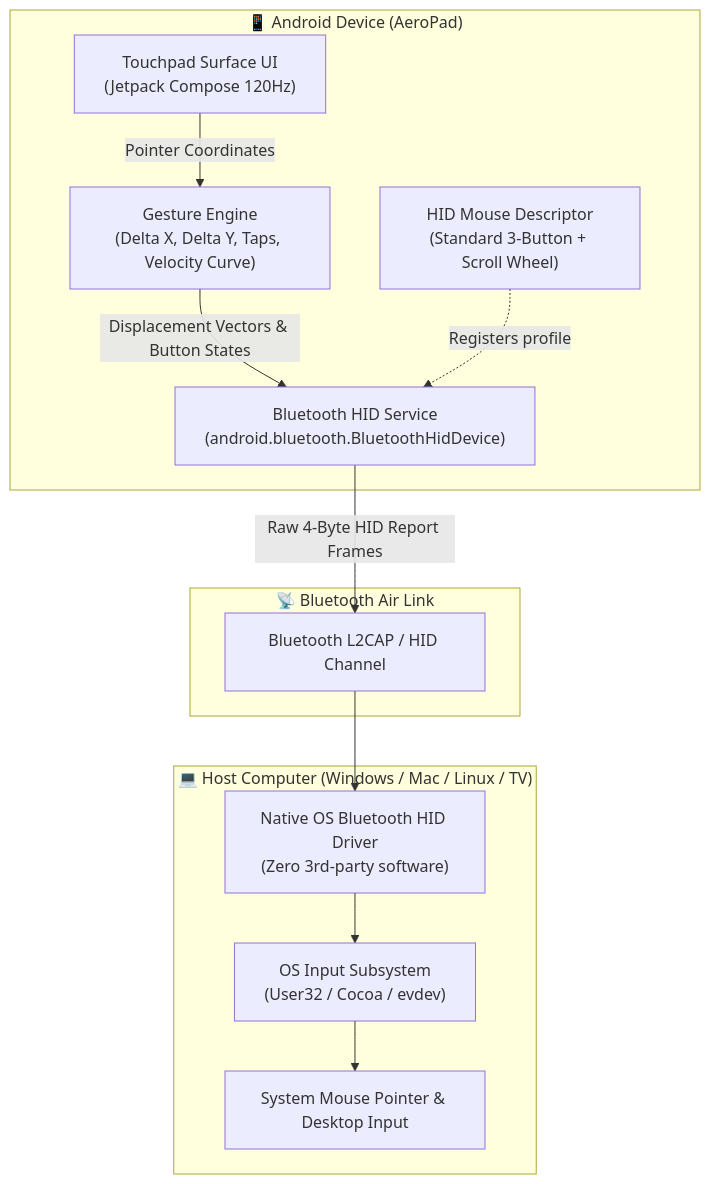
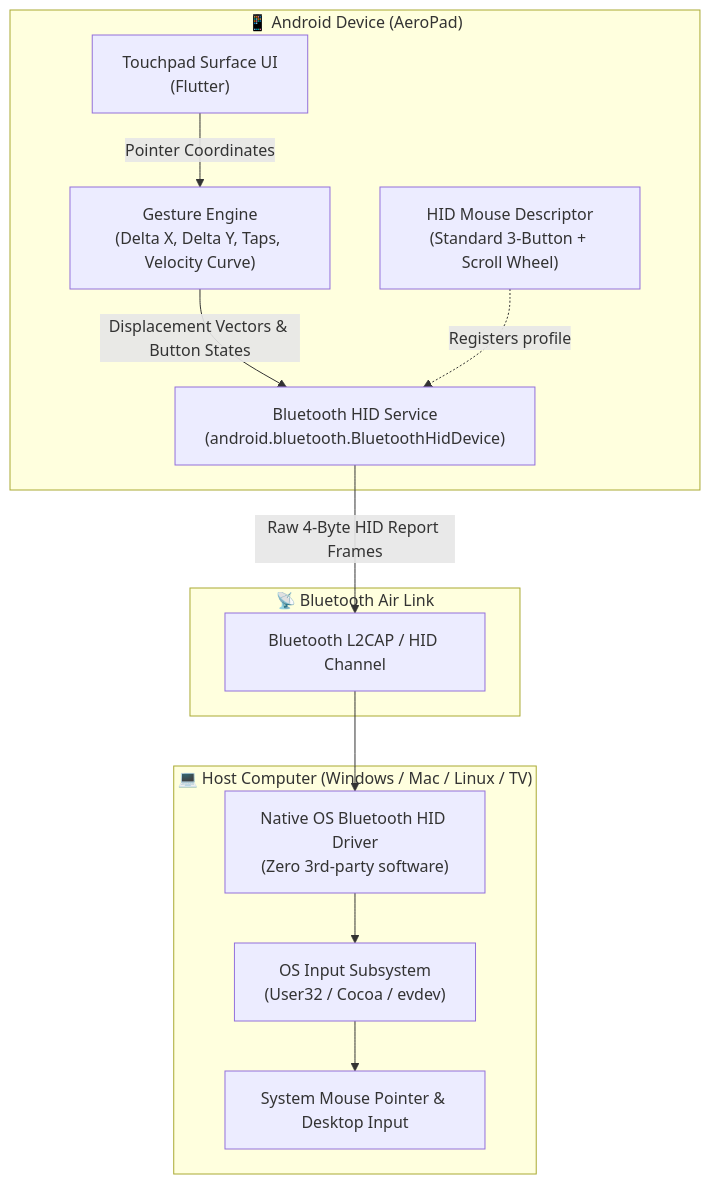
Before and after one commit to abhi963007/Aeropad: the first of 2 diagrams in README.md, drawn with Mermaid. The commit also changed other lines of this file and 27 other files, not shown here.

````diff
--- a/README.md
+++ b/README.md
@@ -79,27 +79,27 @@
 ```mermaid
 flowchart TD
     subgraph MobileApp ["📱 Android Device (AeroPad)"]
-        UI["Touchpad Surface UI\n(Jetpack Compose 120Hz)"]
+        UI["Touchpad Surface UI\n(Flutter)\n"]
         GE["Gesture Engine\n(Delta X, Delta Y, Taps, Velocity Curve)"]
         HID_Service["Bluetooth HID Service\n(android.bluetooth.BluetoothHidDevice)"]
         Descriptor["HID Mouse Descriptor\n(Standard 3-Button + Scroll Wheel)"]
 
         UI -->|Pointer Coordinates| GE
         GE -->|Displacement Vectors & Button States| HID_Service
         Descriptor -.->|Registers profile| HID_Service
     end
 
     subgraph RadioLayer ["📡 Bluetooth Air Link"]
         HID_Service -->|Raw 4-Byte HID Report Frames| L2CAP["Bluetooth L2CAP / HID Channel"]
     end
 
     subgraph HostSystem ["💻 Host Computer (Windows / Mac / Linux / TV)"]
         OS_Driver["Native OS Bluetooth HID Driver\n(Zero 3rd-party software)"]
         OS_Kernel["OS Input Subsystem\n(User32 / Cocoa / evdev)"]
         Cursor["System Mouse Pointer & Desktop Input"]
 
         L2CAP --> OS_Driver
         OS_Driver --> OS_Kernel
         OS_Kernel --> Cursor
     end
 ```
````
